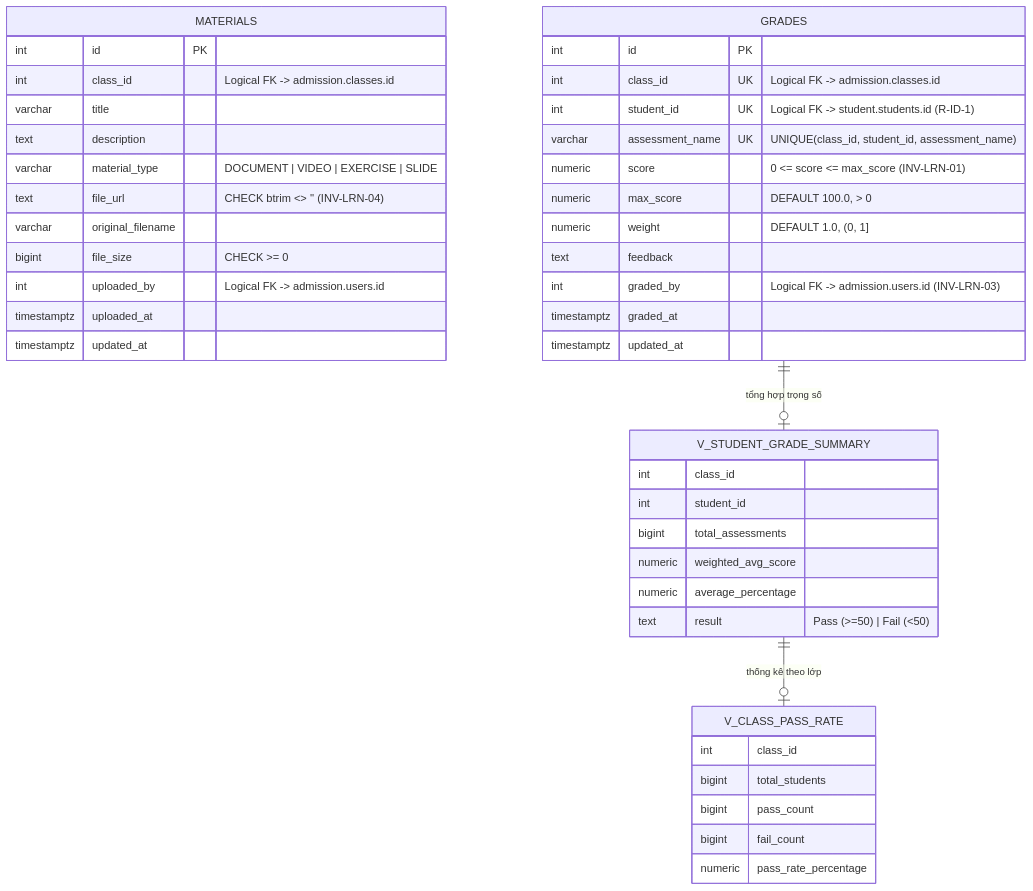
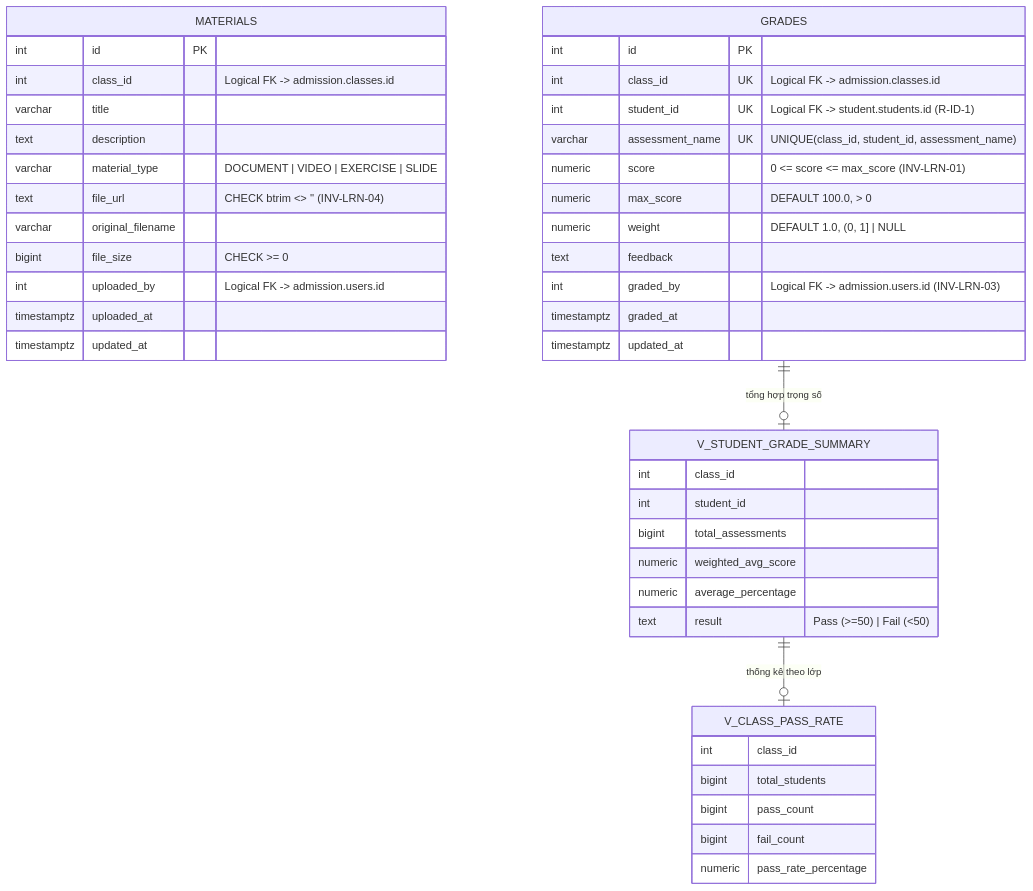
The eighth of 8 diagrams in services/learning/docs/learning-uml-spec.md (TamDaE2k5/english_center), drawn with Mermaid before and after one commit. The commit also changed other lines of this file and 26 other files, not shown here.

````diff
--- a/services/learning/docs/learning-uml-spec.md
+++ b/services/learning/docs/learning-uml-spec.md
@@ -156,51 +240,50 @@
 ```mermaid
 erDiagram
     MATERIALS {
         int id PK
         int class_id "Logical FK -> admission.classes.id"
         varchar title
         text description
         varchar material_type "DOCUMENT | VIDEO | EXERCISE | SLIDE"
         text file_url "CHECK btrim <> '' (INV-LRN-04)"
         varchar original_filename
         bigint file_size "CHECK >= 0"
         int uploaded_by "Logical FK -> admission.users.id"
         timestamptz uploaded_at
         timestamptz updated_at
     }
 
     GRADES {
         int id PK
         int class_id UK "Logical FK -> admission.classes.id"
         int student_id UK "Logical FK -> student.students.id (R-ID-1)"
         varchar assessment_name UK "UNIQUE(class_id, student_id, assessment_name)"
         numeric score "0 <= score <= max_score (INV-LRN-01)"
         numeric max_score "DEFAULT 100.0, > 0"
-        numeric weight "DEFAULT 1.0, (0, 1]"
+        numeric weight "DEFAULT 1.0, (0, 1] | NULL"
         text feedback
         int graded_by "Logical FK -> admission.users.id (INV-LRN-03)"
         timestamptz graded_at
         timestamptz updated_at
     }
 
     V_STUDENT_GRADE_SUMMARY {
         int class_id
         int student_id
         bigint total_assessments
         numeric weighted_avg_score
         numeric average_percentage
         text result "Pass (>=50) | Fail (<50)"
     }
 
     V_CLASS_PASS_RATE {
         int class_id
         bigint total_students
         bigint pass_count
         bigint fail_count
         numeric pass_rate_percentage
     }
 
     GRADES ||--o| V_STUDENT_GRADE_SUMMARY : "tổng hợp trọng số"
     V_STUDENT_GRADE_SUMMARY ||--o| V_CLASS_PASS_RATE : "thống kê theo lớp"
-
 ```
````
